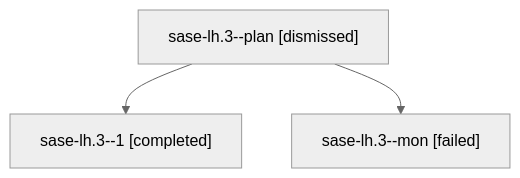
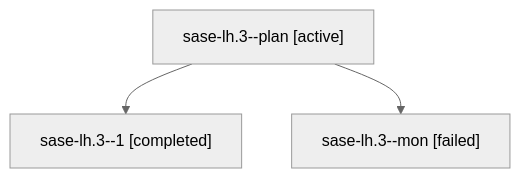
One commit to sase-org/sase--agents changed the diagram in families/bbugyi200.athena.sase-lh.3.md. Above: the diagram before and after it, drawn with Mermaid (neutral theme). The commit also changed other lines of this file and 35830 other files, not shown here.

````diff
--- a/families/bbugyi200.athena.sase-lh.3.md
+++ b/families/bbugyi200.athena.sase-lh.3.md
@@ -9,8 +9,8 @@
 ```mermaid
 flowchart TD
-  n0["sase-lh.3--plan [dismissed]"]
+  n0["sase-lh.3--plan [active]"]
   n1["sase-lh.3--1 [completed]"]
   n0 --> n1
   n2["sase-lh.3--mon [failed]"]
   n0 --> n2
 ```
````
